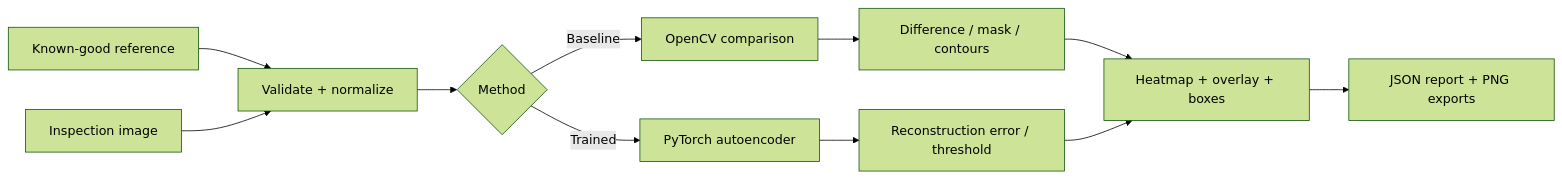
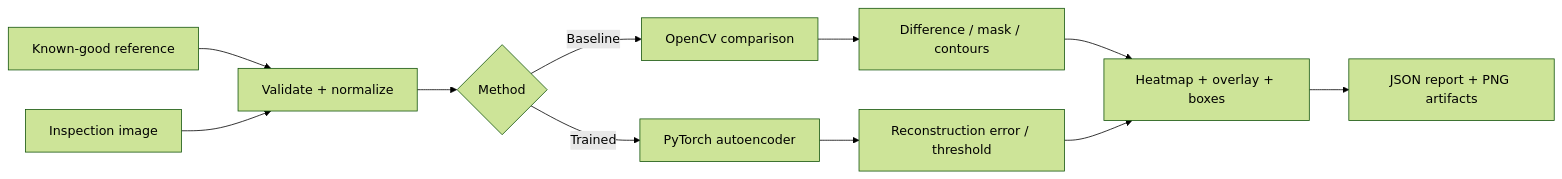
Before and after one commit to muhammadsaeed-ai/verityagent-ai-defect-detector: the diagram in README.md, drawn with Mermaid (forest theme). The commit also changed other lines of this file and 3 other files, not shown here.

````diff
--- a/README.md
+++ b/README.md
@@ -26,13 +73,13 @@
 ```mermaid
 flowchart LR
     A[Known-good reference] --> V[Validate + normalize]
     B[Inspection image] --> V
     V --> C{Method}
     C -->|Baseline| D[OpenCV comparison]
     C -->|Trained| E[PyTorch autoencoder]
     D --> F[Difference / mask / contours]
     E --> G[Reconstruction error / threshold]
     F --> H[Heatmap + overlay + boxes]
     G --> H
-    H --> I[JSON report + PNG exports]
+    H --> I[JSON report + PNG artifacts]
 ```
````
